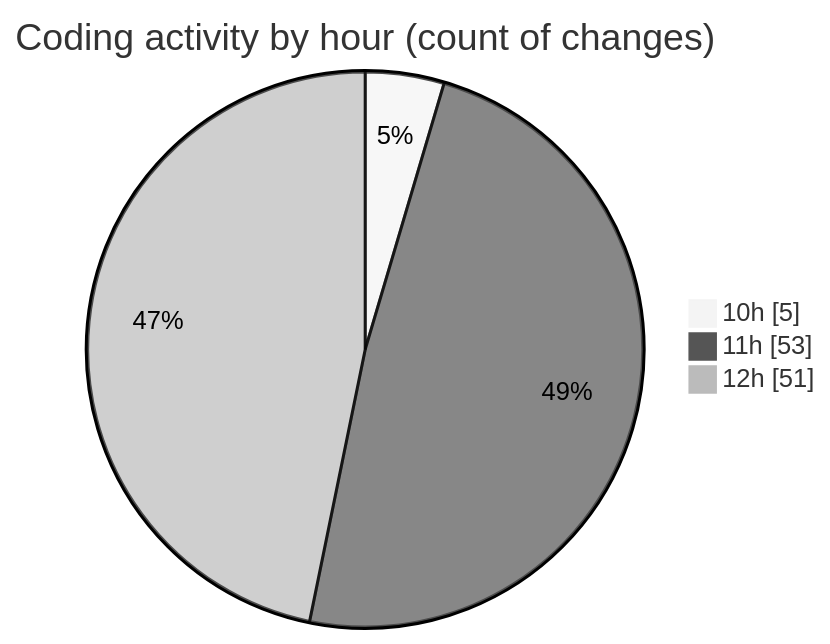
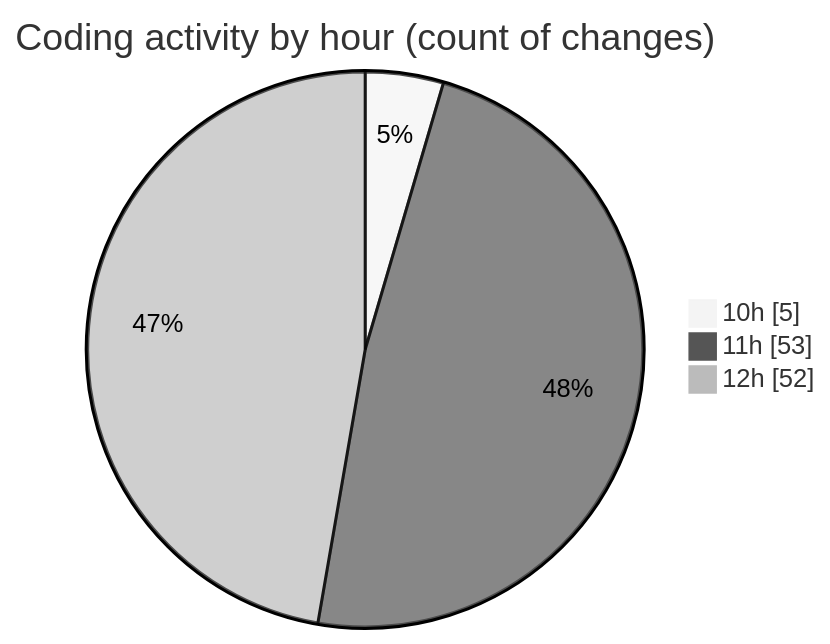
The second of 2 diagrams in 2025-06-17/cda/README.md (momahboobian/code-tracking), drawn with Mermaid (neutral theme) before and after one commit. The commit also changed other lines of this file and 1 other file, not shown here.

````diff
--- a/2025-06-17/cda/README.md
+++ b/2025-06-17/cda/README.md
@@ -34,7 +34,7 @@
 ```mermaid
 pie showData
 title Coding activity by hour (count of changes)
 "10h" : 5
 "11h" : 53
-"12h" : 51
+"12h" : 52
 ```
````
